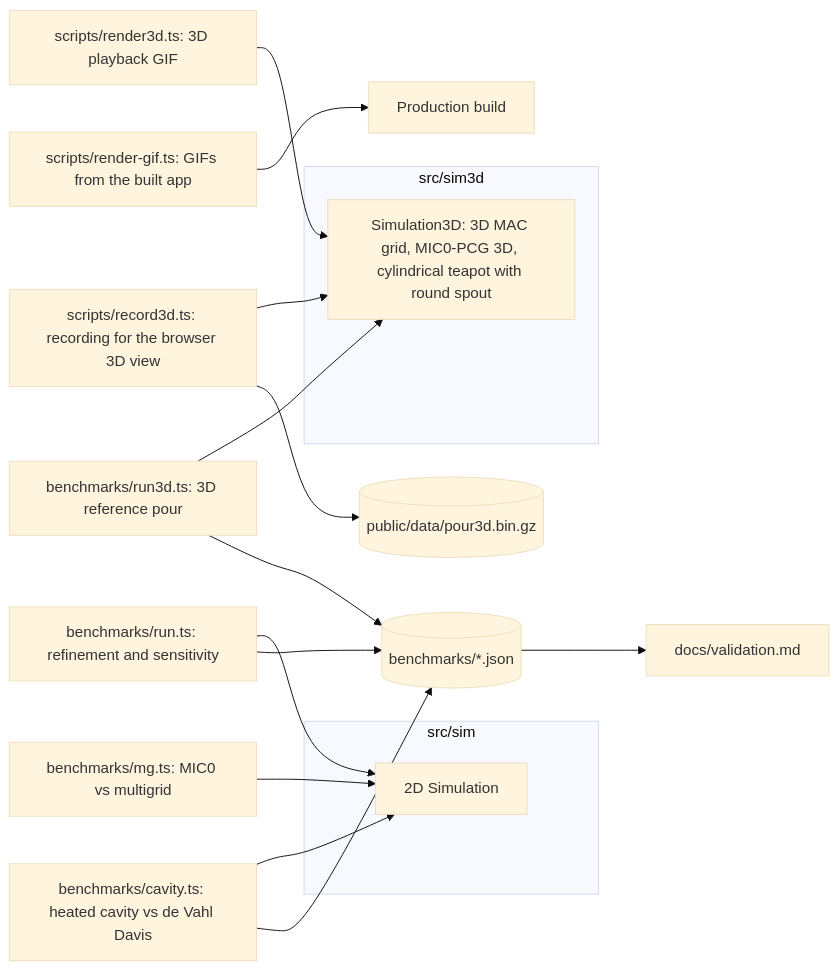
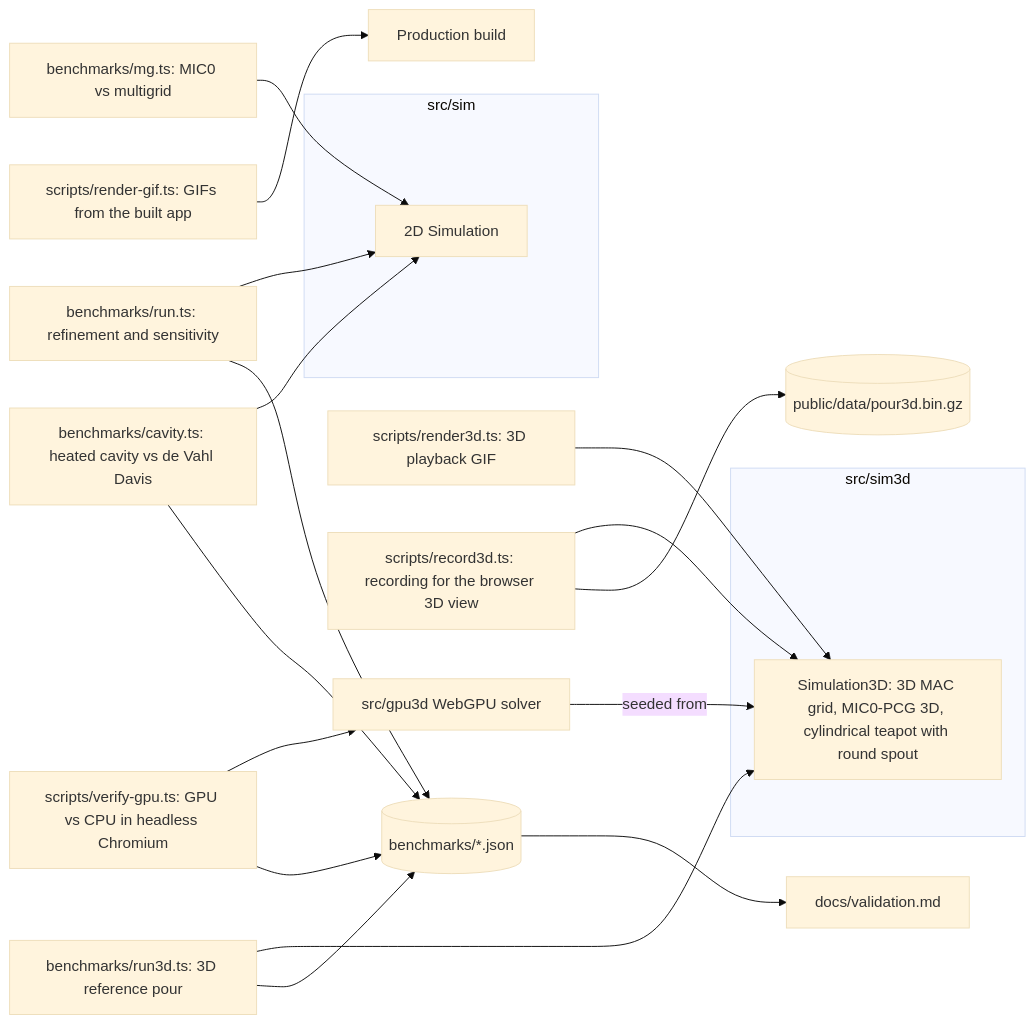
Before and after one commit to marcelpetrick/teapotFluidSimulation: the fourth of 7 diagrams in docs/architecture.md, drawn with Mermaid (base theme). The commit also changed other lines of this file and 20 other files, not shown here.

First line of the commit message:
feat(gpu3d): WebGPU 3D solver verified against the CPU reference

````diff
--- a/docs/architecture.md
+++ b/docs/architecture.md
@@ -88,21 +89,24 @@
 ```mermaid
 flowchart LR
   subgraph sim[src/sim]
     S2[2D Simulation]
   end
   subgraph s3[src/sim3d]
     S3[Simulation3D: 3D MAC grid, MIC0-PCG 3D, cylindrical teapot with round spout]
   end
   B1[benchmarks/run.ts: refinement and sensitivity] --> S2
   B2[benchmarks/cavity.ts: heated cavity vs de Vahl Davis] --> S2
   B3[benchmarks/mg.ts: MIC0 vs multigrid] --> S2
   B4[benchmarks/run3d.ts: 3D reference pour] --> S3
   R1[scripts/render-gif.ts: GIFs from the built app] --> APP[Production build]
   R2[scripts/render3d.ts: 3D playback GIF] --> S3
   R3[scripts/record3d.ts: recording for the browser 3D view] --> S3
   R3 --> D[(public/data/pour3d.bin.gz)]
+  R4[scripts/verify-gpu.ts: GPU vs CPU in headless Chromium] --> G[src/gpu3d WebGPU solver]
+  G -->|seeded from| S3
+  R4 --> J
   B1 --> J[(benchmarks/*.json)]
   B2 --> J
   B4 --> J
   J --> V[docs/validation.md]
 ```
````
